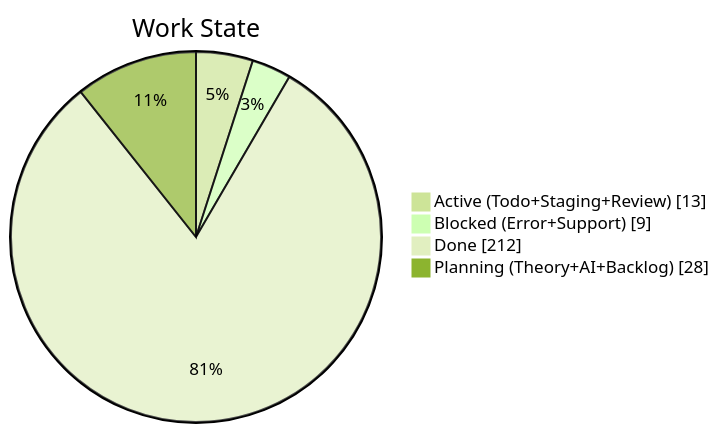
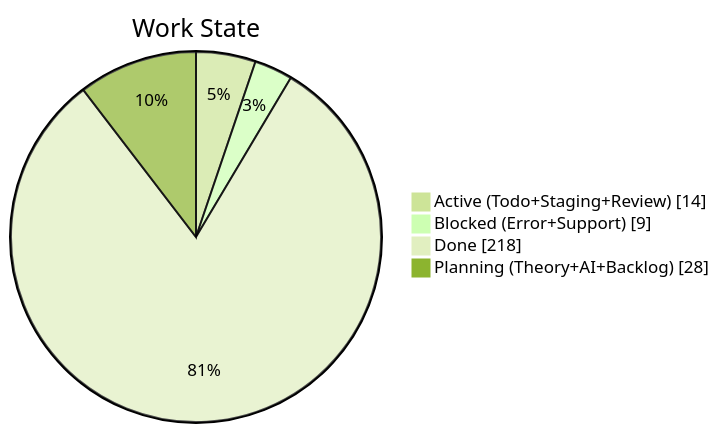
One commit to KBVE/kbve changed the second of 4 diagrams in apps/kbve/astro-kbve/src/content/docs/dashboard/kanban-data.mdx. Above: the diagram before and after it, drawn with Mermaid (forest theme). The commit also changed other lines of this file and 8 other files, not shown here.

````diff
--- a/apps/kbve/astro-kbve/src/content/docs/dashboard/kanban-data.mdx
+++ b/apps/kbve/astro-kbve/src/content/docs/dashboard/kanban-data.mdx
@@ -67,8 +68,8 @@
 ```mermaid
 pie showData
     title Work State
-    "Active (Todo+Staging+Review)" : 13
+    "Active (Todo+Staging+Review)" : 14
     "Blocked (Error+Support)" : 9
-    "Done" : 212
+    "Done" : 218
     "Planning (Theory+AI+Backlog)" : 28
 ```
````
